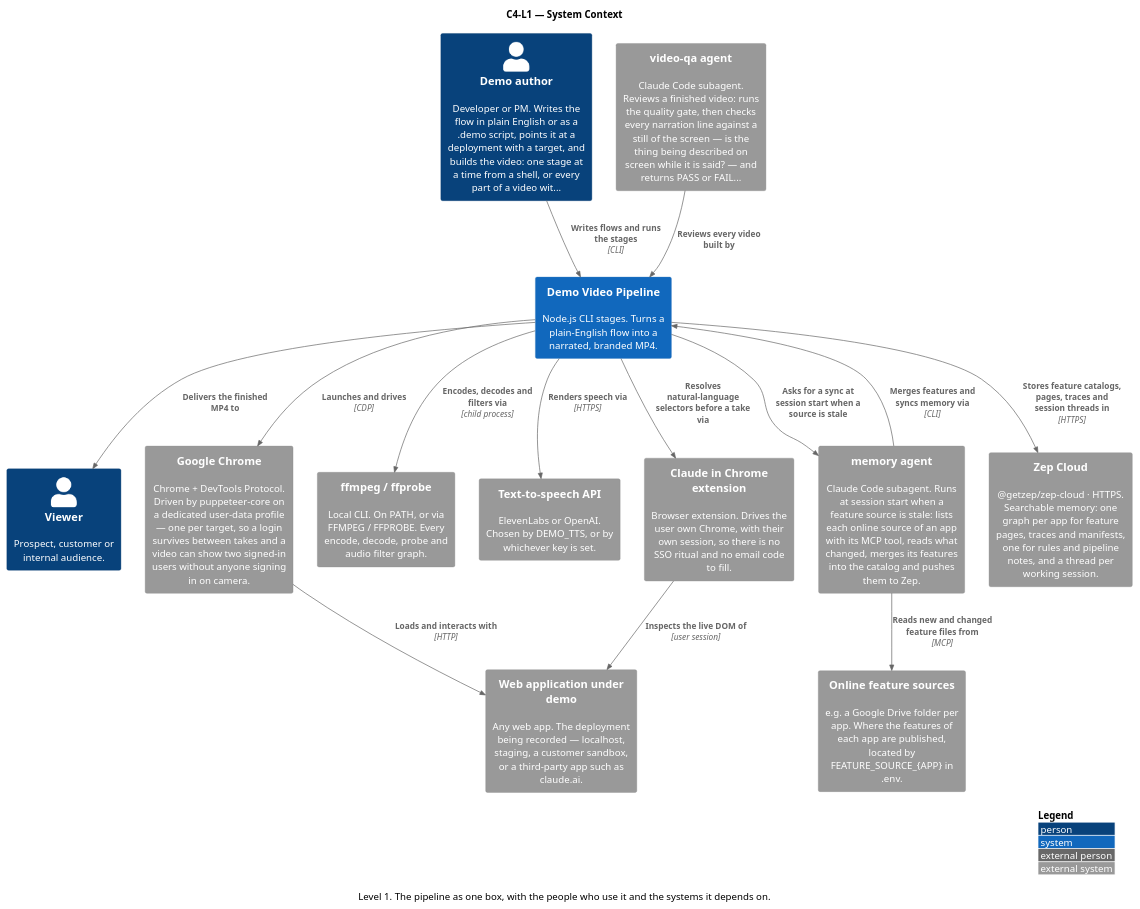
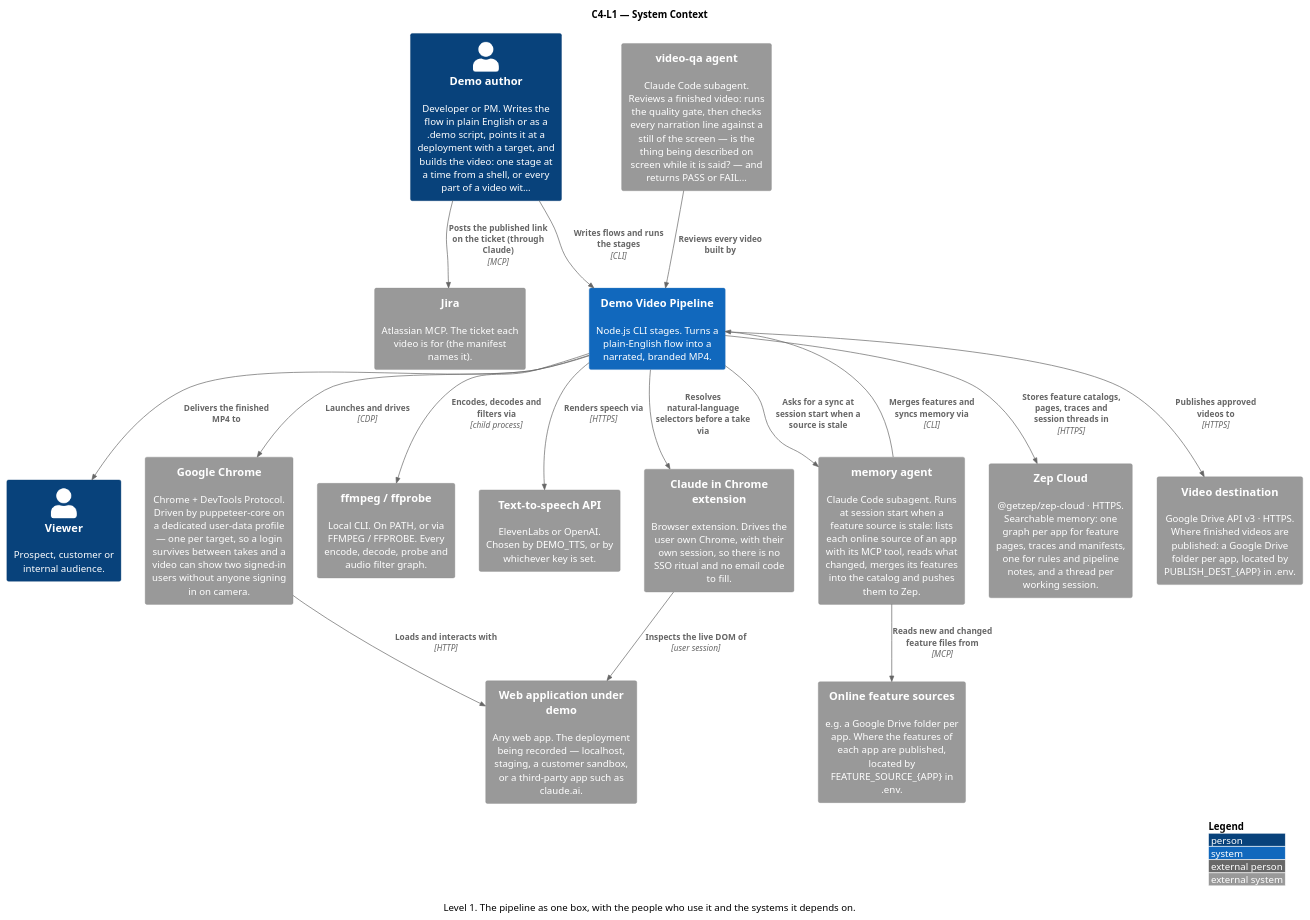
One commit to ssunduko/product-video changed the diagram in docs/c4-l1-context.puml. Above: the diagram before and after it, drawn with PlantUML. The commit also changed 14 other files, not shown here.

First line of the commit message:
Publish finished videos to an app destination after final approval

```diff
--- a/docs/c4-l1-context.puml
+++ b/docs/c4-l1-context.puml
@@ -1,38 +1,42 @@
 @startuml c4-l1-context
 ' Generated by docs/c4-model.mjs — do not edit; edit the model and re-run.
 !include <C4/C4_Context>
 ' No bundled C4 stdlib? Replace the line above with:
 ' !include https://raw.githubusercontent.com/plantuml-stdlib/C4-PlantUML/master/C4_Context.puml
 
 title C4-L1 — System Context
 caption Level 1. The pipeline as one box, with the people who use it and the systems it depends on.
 
 Person(demo_author, "Demo author", "Developer or PM. Writes the flow in plain English or as a .demo script, points it at a deployment with a target, and builds the video: one stage at a time from a shell, or every part of a video wit...")
 System(demo_video_pipeline, "Demo Video Pipeline", "Node.js CLI stages. Turns a plain-English flow into a narrated, branded MP4.")
 Person(viewer, "Viewer", "Prospect, customer or internal audience.")
 System_Ext(google_chrome, "Google Chrome", "Chrome + DevTools Protocol. Driven by puppeteer-core on a dedicated user-data profile — one per target, so a login survives between takes and a video can show two signed-in users without anyone signing in on camera.")
 System_Ext(web_application_under_demo, "Web application under demo", "Any web app. The deployment being recorded — localhost, staging, a customer sandbox, or a third-party app such as claude.ai.")
 System_Ext(ffmpeg_ffprobe, "ffmpeg / ffprobe", "Local CLI. On PATH, or via FFMPEG / FFPROBE. Every encode, decode, probe and audio filter graph.")
 System_Ext(text_to_speech_api, "Text-to-speech API", "ElevenLabs or OpenAI. Chosen by DEMO_TTS, or by whichever key is set.")
 System_Ext(claude_in_chrome_extension, "Claude in Chrome extension", "Browser extension. Drives the user own Chrome, with their own session, so there is no SSO ritual and no email code to fill.")
 System_Ext(video_qa_agent, "video-qa agent", "Claude Code subagent. Reviews a finished video: runs the quality gate, then checks every narration line against a still of the screen — is the thing being described on screen while it is said? — and returns PASS or FAIL...")
 System_Ext(memory_agent, "memory agent", "Claude Code subagent. Runs at session start when a feature source is stale: lists each online source of an app with its MCP tool, reads what changed, merges its features into the catalog and pushes them to Zep.")
 System_Ext(online_feature_sources, "Online feature sources", "e.g. a Google Drive folder per app. Where the features of each app are published, located by FEATURE_SOURCE_{APP} in .env.")
 System_Ext(zep_cloud, "Zep Cloud", "@getzep/zep-cloud · HTTPS. Searchable memory: one graph per app for feature pages, traces and manifests, one for rules and pipeline notes, and a thread per working session.")
+System_Ext(video_destination, "Video destination", "Google Drive API v3 · HTTPS. Where finished videos are published: a Google Drive folder per app, located by PUBLISH_DEST_{APP} in .env.")
+System_Ext(jira, "Jira", "Atlassian MCP. The ticket each video is for (the manifest names it).")
 
 Rel(demo_author, demo_video_pipeline, "Writes flows and runs the stages", "CLI")
 Rel(demo_video_pipeline, claude_in_chrome_extension, "Resolves natural-language selectors before a take via")
 Rel(claude_in_chrome_extension, web_application_under_demo, "Inspects the live DOM of", "user session")
 Rel(demo_video_pipeline, viewer, "Delivers the finished MP4 to")
 Rel(demo_video_pipeline, google_chrome, "Launches and drives", "CDP")
 Rel(google_chrome, web_application_under_demo, "Loads and interacts with", "HTTP")
 Rel(demo_video_pipeline, ffmpeg_ffprobe, "Encodes, decodes and filters via", "child process")
 Rel(demo_video_pipeline, text_to_speech_api, "Renders speech via", "HTTPS")
 Rel(video_qa_agent, demo_video_pipeline, "Reviews every video built by")
 Rel(demo_video_pipeline, zep_cloud, "Stores feature catalogs, pages, traces and session threads in", "HTTPS")
+Rel(demo_video_pipeline, video_destination, "Publishes approved videos to", "HTTPS")
+Rel(demo_author, jira, "Posts the published link on the ticket (through Claude)", "MCP")
 Rel(memory_agent, online_feature_sources, "Reads new and changed feature files from", "MCP")
 Rel(memory_agent, demo_video_pipeline, "Merges features and syncs memory via", "CLI")
 Rel(demo_video_pipeline, memory_agent, "Asks for a sync at session start when a source is stale")
 
 LAYOUT_WITH_LEGEND()
 @enduml
```
